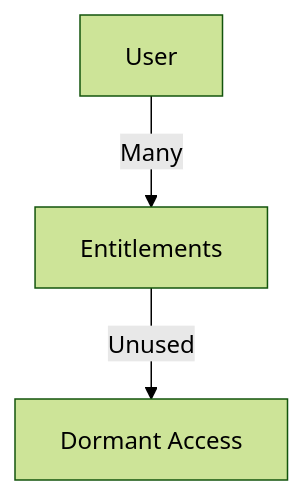
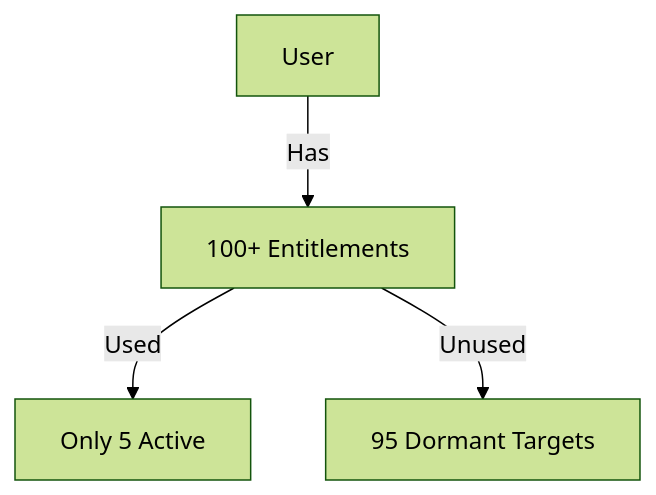
Diagram 16 of 30 in README.md (Devopstrio/identity-governance-framework), drawn with Mermaid (forest theme) before and after one commit. The commit also changed other lines of this file, not shown here.

Commit message:
docs: finalize premium institutional-grade README with 30+ diagrams and executive summary

````diff
--- a/README.md
+++ b/README.md
@@ -138,5 +246,6 @@
 ```mermaid
 graph TD
-    User -->|Many| Ent[Entitlements]
-    Ent -->|Unused| Waste[Dormant Access]
+    User -->|Has| Many[100+ Entitlements]
+    Many -->|Used| Five[Only 5 Active]
+    Many -->|Unused| Risky[95 Dormant Targets]
 ```
````
